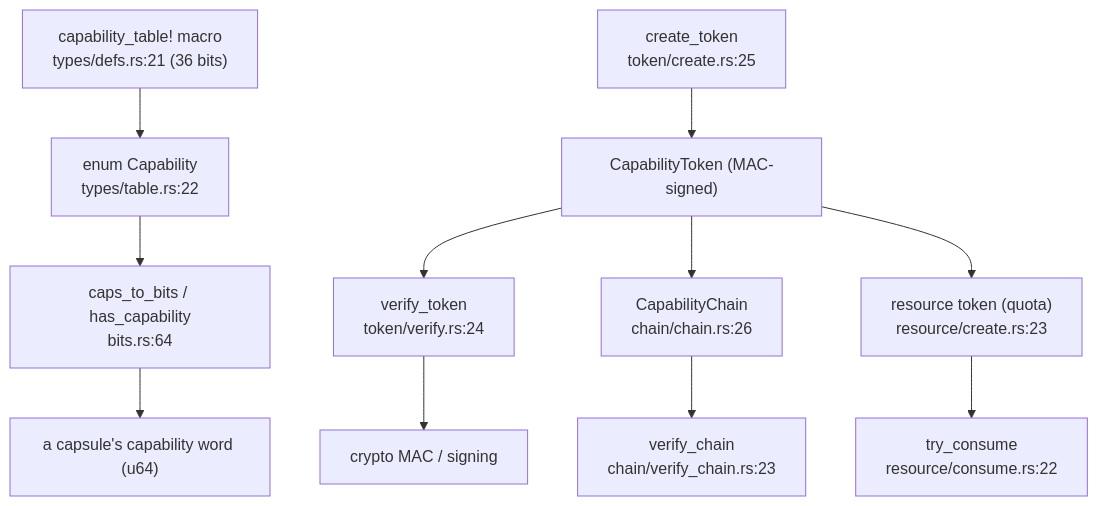
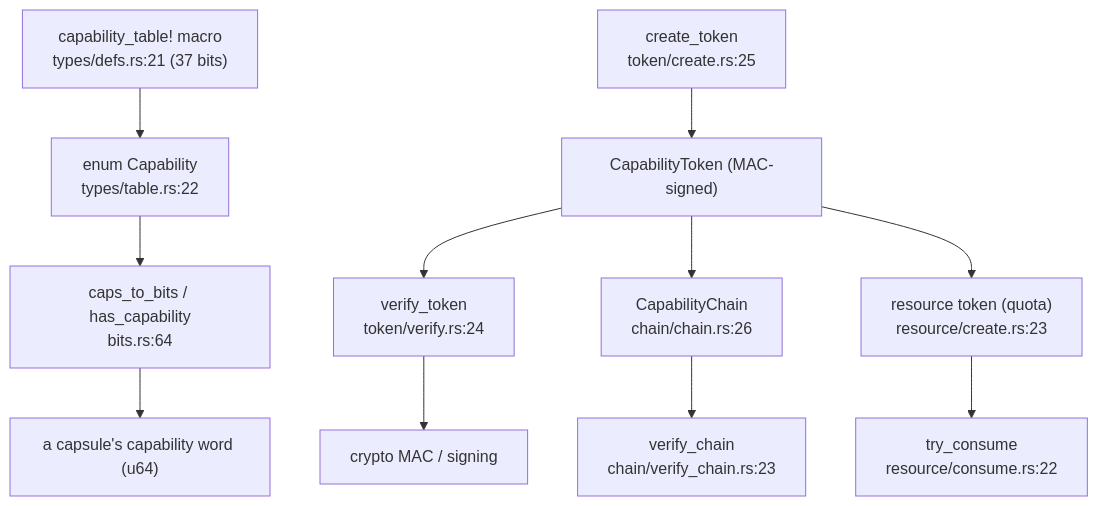
Before and after one commit to NON-OS/microkernel: the diagram in docs/internals/capabilities.md, drawn with Mermaid. The commit also changed other lines of this file and 24 other files, not shown here.

````diff
--- a/docs/internals/capabilities.md
+++ b/docs/internals/capabilities.md
@@ -9,13 +9,13 @@
 ```mermaid
 flowchart TB
-    table["capability_table! macro<br/>types/defs.rs:21 (36 bits)"] --> cap["enum Capability<br/>types/table.rs:22"]
+    table["capability_table! macro<br/>types/defs.rs:21 (37 bits)"] --> cap["enum Capability<br/>types/table.rs:22"]
     cap --> bits["caps_to_bits / has_capability<br/>bits.rs:64"]
     bits --> word["a capsule's capability word (u64)"]
     create["create_token<br/>token/create.rs:25"] --> tok["CapabilityToken (MAC-signed)"]
     tok --> verify["verify_token<br/>token/verify.rs:24"]
     tok --> chain["CapabilityChain<br/>chain/chain.rs:26"]
     chain --> vchain["verify_chain<br/>chain/verify_chain.rs:23"]
     tok --> rsrc["resource token (quota)<br/>resource/create.rs:23"]
     rsrc --> consume["try_consume<br/>resource/consume.rs:22"]
     verify --> mac["crypto MAC / signing"]
 ```
````
